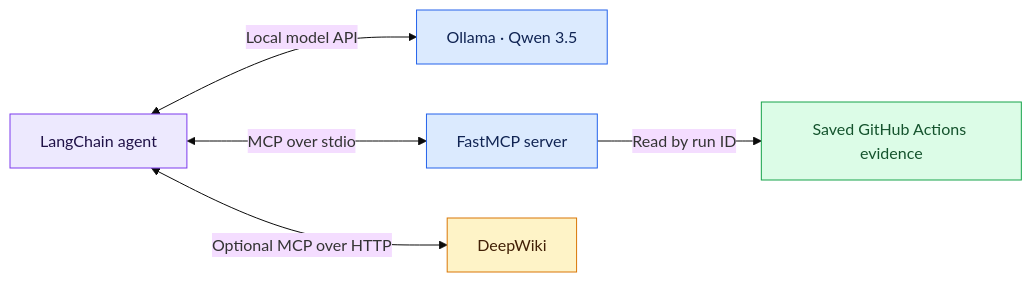
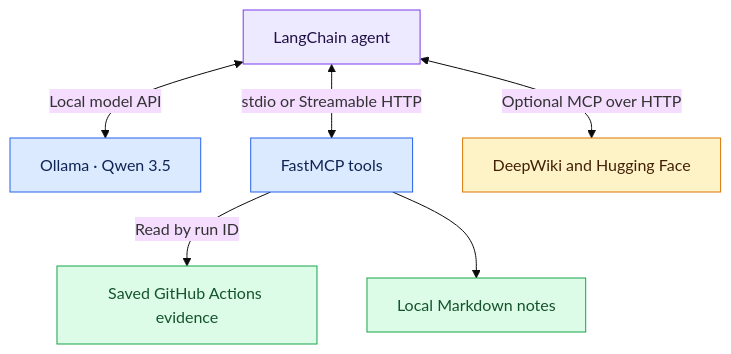
The diagram in README.md (anne500/local-agent-fastmcp), drawn with Mermaid (base theme) before and after one commit. The commit also changed other lines of this file and 5 other files, not shown here.

Commit message:
Add FastMCP note, public search, and HTTP extensions

````diff
--- a/README.md
+++ b/README.md
@@ -5,15 +5,16 @@
 ```mermaid
-flowchart LR
+flowchart TD
     A["LangChain agent"] <-->|Local model API| B["Ollama · Qwen 3.5"]
-    A <-->|MCP over stdio| C["FastMCP server"]
+    A <-->|stdio or Streamable HTTP| C["FastMCP tools"]
     C -->|Read by run ID| D["Saved GitHub Actions evidence"]
-    A <-->|Optional MCP over HTTP| E["DeepWiki"]
+    C --> F["Local Markdown notes"]
+    A <-->|Optional MCP over HTTP| E["DeepWiki and Hugging Face"]
     classDef agent fill:#ede9fe,stroke:#7c3aed,color:#1f1147
     classDef local fill:#dbeafe,stroke:#2563eb,color:#102453
     classDef evidence fill:#dcfce7,stroke:#16a34a,color:#14532d
     classDef remote fill:#fef3c7,stroke:#d97706,color:#422006
     class A agent
     class B,C local
-    class D evidence
+    class D,F evidence
     class E remote
 ```
````
